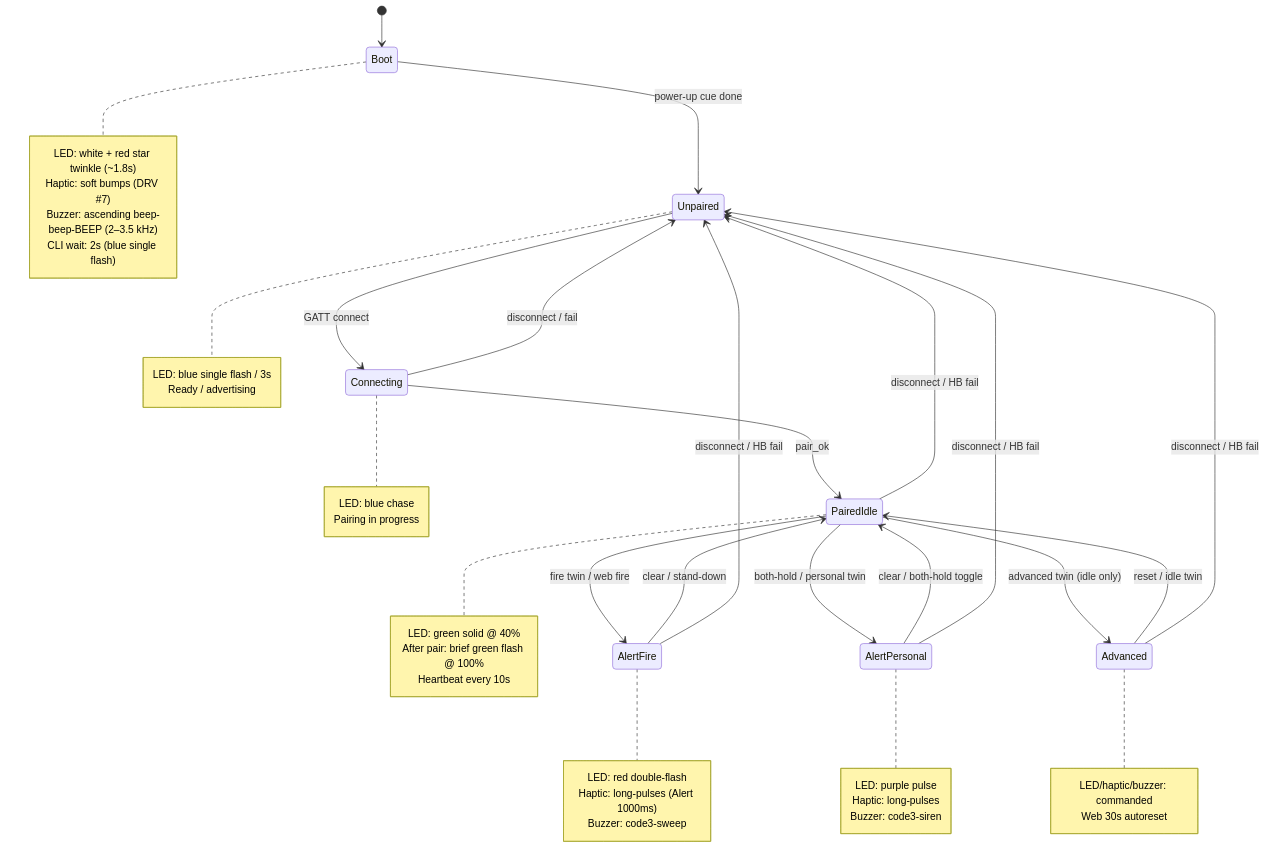
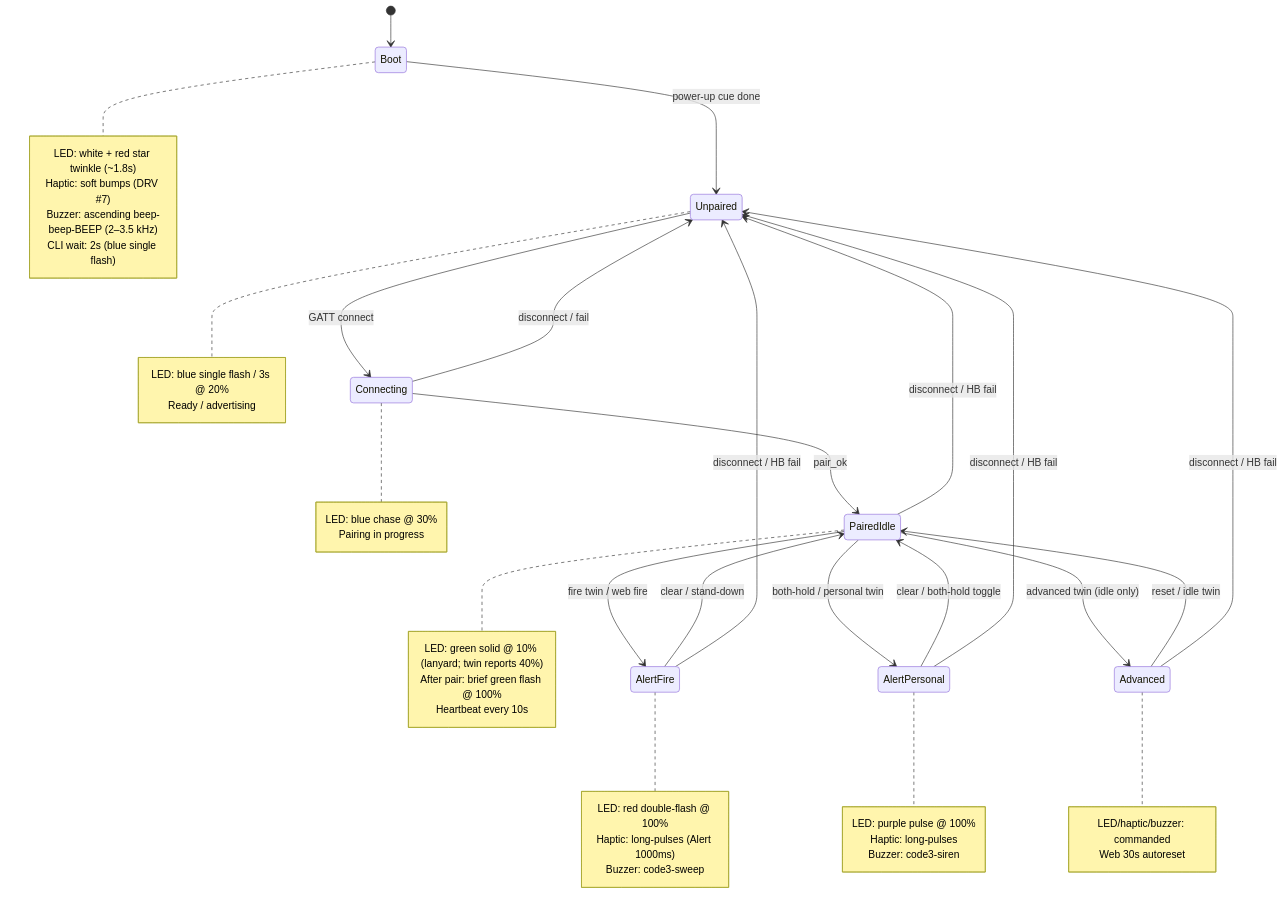
One commit to rsispal/ILSS-DisabilityIN-Demo-2026 changed the first of 2 diagrams in firmware/docs/STATE_MACHINE.md. Above: the diagram before and after it, drawn with Mermaid. The commit also changed other lines of this file and 42 other files, not shown here.

````diff
--- a/firmware/docs/STATE_MACHINE.md
+++ b/firmware/docs/STATE_MACHINE.md
@@ -7,58 +7,58 @@
 ```mermaid
 stateDiagram-v2
   [*] --> Boot
 
   Boot --> Unpaired: power-up cue done
   note right of Boot
     LED: white + red star twinkle (~1.8s)
     Haptic: soft bumps (DRV #7)
     Buzzer: ascending beep-beep-BEEP (2–3.5 kHz)
     CLI wait: 2s (blue single flash)
   end note
 
   Unpaired --> Connecting: GATT connect
   note right of Unpaired
-    LED: blue single flash / 3s
+    LED: blue single flash / 3s @ 20%
     Ready / advertising
   end note
 
   Connecting --> PairedIdle: pair_ok
   Connecting --> Unpaired: disconnect / fail
   note right of Connecting
-    LED: blue chase
+    LED: blue chase @ 30%
     Pairing in progress
   end note
 
   PairedIdle --> AlertFire: fire twin / web fire
   PairedIdle --> AlertPersonal: both-hold / personal twin
   PairedIdle --> Advanced: advanced twin (idle only)
   PairedIdle --> Unpaired: disconnect / HB fail
   note right of PairedIdle
-    LED: green solid @ 40%
+    LED: green solid @ 10% (lanyard; twin reports 40%)
     After pair: brief green flash @ 100%
     Heartbeat every 10s
   end note
 
   AlertFire --> PairedIdle: clear / stand-down
   AlertFire --> Unpaired: disconnect / HB fail
   note right of AlertFire
-    LED: red double-flash
+    LED: red double-flash @ 100%
     Haptic: long-pulses (Alert 1000ms)
     Buzzer: code3-sweep
   end note
 
   AlertPersonal --> PairedIdle: clear / both-hold toggle
   AlertPersonal --> Unpaired: disconnect / HB fail
   note right of AlertPersonal
-    LED: purple pulse
+    LED: purple pulse @ 100%
     Haptic: long-pulses
     Buzzer: code3-siren
   end note
 
   Advanced --> PairedIdle: reset / idle twin
   Advanced --> Unpaired: disconnect / HB fail
   note right of Advanced
     LED/haptic/buzzer: commanded
     Web 30s autoreset
   end note
 ```
````
